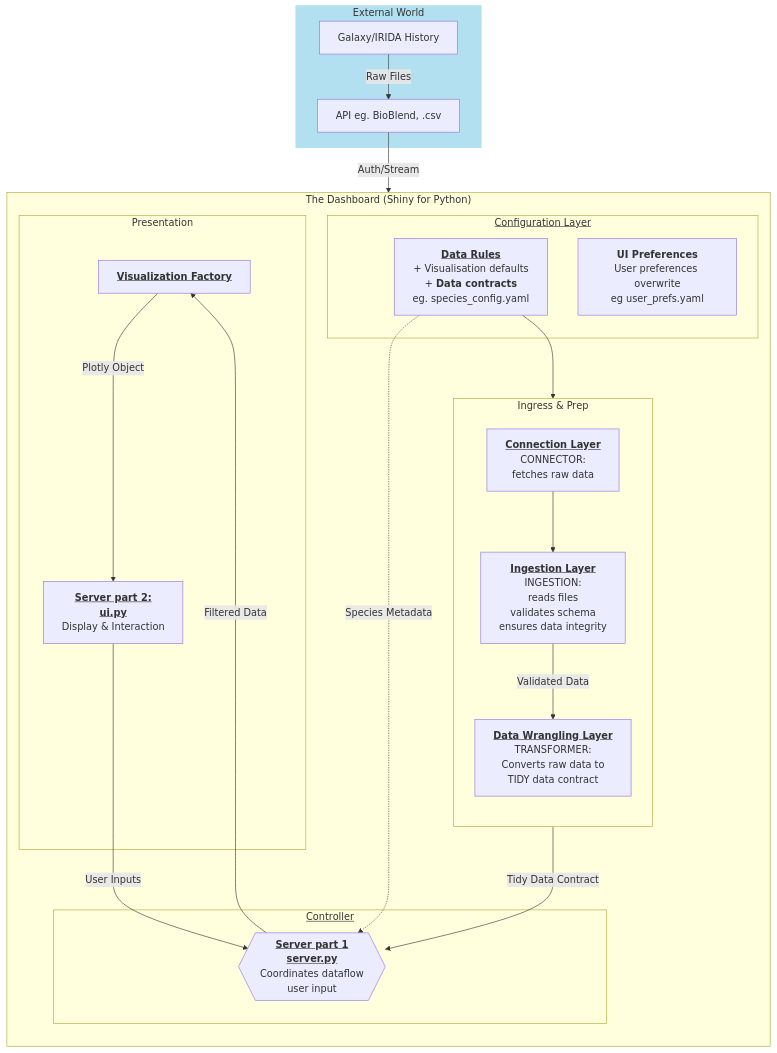
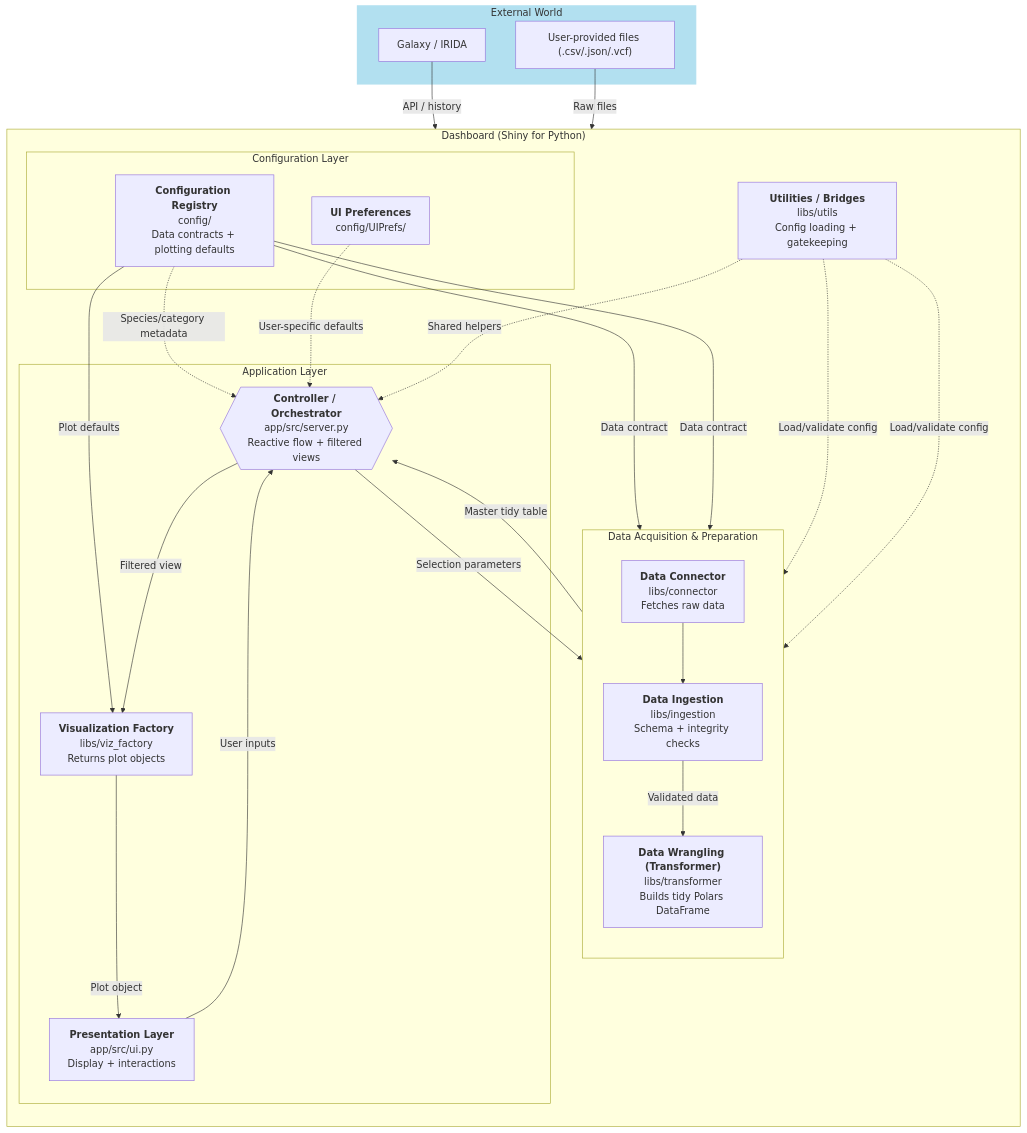
One commit to NorwegianVeterinaryInstitute/SPARMVET_VIZ changed the diagram in docs/architecture/_mermaid.mmd. Above: the diagram before and after it, drawn with Mermaid. The commit also changed 5 other files, not shown here.

```diff
--- a/docs/architecture/_mermaid.mmd
+++ b/docs/architecture/_mermaid.mmd
@@ -1,55 +1,53 @@
-%% TODO - needs to be revised when this becomes more clear - and updated to correspond to the text description
 graph TD
-    subgraph Ext ["External World"]
-        Galaxy["Galaxy/IRIDA History"]
-        API["API eg. BioBlend, .csv"]
+    subgraph Ext["External World"]
+        Galaxy["Galaxy / IRIDA"]
+        Upload["User-provided files (.csv/.json/.vcf)"]
     end
 
+    subgraph Dash["Dashboard (Shiny for Python)"]
+        direction TB
 
-    subgraph "The Dashboard (Shiny for Python)"
-        direction TB
-        
-        %% TODO- need to integrate relations with config layer
-        subgraph "Ingress & Prep"
-            direction TB 
-            
-            Connector["<b><u>Connection Layer</u></b><br/>CONNECTOR:<br/>fetches raw data"]
-            
-            Ingest["<b><u>Ingestion Layer</u></b><br/>INGESTION:<br/>reads files<br/>validates schema<br/>ensures data integrity"]
-
-            Wrangler["<b><u>Data Wrangling Layer</u></b><br/>TRANSFORMER:<br/>Converts raw data to<br/>TIDY data contract"]
+        subgraph DataPath["Data Acquisition & Preparation"]
+            direction TB
+            Connector["<b>Data Connector</b><br/>libs/connector<br/>Fetches raw data"]
+            Ingest["<b>Data Ingestion</b><br/>libs/ingestion<br/>Schema + integrity checks"]
+            Transform["<b>Data Wrangling (Transformer)</b><br/>libs/transformer<br/>Builds tidy Polars DataFrame"]
         end
 
-        subgraph "<u>Configuration Layer</u>"
-            DataRules["<b><u>Data Rules</u></b><br/>+ Visualisation defaults<br/>+ <b>Data contracts</b><br/>eg. species_config.yaml"]
-            UIPrefs["<b>UI Preferences</b><br/>User preferences overwrite<br/>eg user_prefs.yaml"]
-            %% SystemEnv["<b>Environment Config</b><br/>(secrets.env / paths.yaml)"]
+        subgraph ConfigLayer["Configuration Layer"]
+            Config["<b>Configuration Registry</b><br/>config/<br/>Data contracts + plotting defaults"]
+            UIPrefs["<b>UI Preferences</b><br/>config/UIPrefs/"]
         end
 
+        Utils["<b>Utilities / Bridges</b><br/>libs/utils<br/>Config loading + gatekeeping"]
 
-        subgraph "<u>Controller</u>"
-            Logic{{"<b><u>Server part 1<br/>server.py</u></b><br/>Coordinates dataflow<br/>user input"}}
+        subgraph AppLayer["Application Layer"]
+            Controller{{"<b>Controller / Orchestrator</b><br/>app/src/server.py<br/>Reactive flow + filtered views"}}
+            Factory["<b>Visualization Factory</b><br/>libs/viz_factory<br/>Returns plot objects"]
+            UI["<b>Presentation Layer</b><br/>app/src/ui.py<br/>Display + interactions"]
         end
-
-        subgraph "Presentation"
-            Factory["<b><u>Visualization Factory</u></b>"]
-            UI["<b><u>Server part 2:<br/>ui.py</u></b><br/>Display & Interaction"]
-        end
-    
     end
 
-    %% Data Flow
-    Galaxy -->|Raw Files| API
-    API -->|Auth/Stream| Connector
+    Galaxy -->|API / history| Connector
+    Upload -->|Raw files| Ingest
     Connector --> Ingest
-    Ingest -->|Validated Data| Wrangler
-    DataRules --> Ingest
-    Wrangler -->|Tidy Data Contract| Logic
-    
-    DataRules -.->|Species Metadata| Logic
-    Logic -->|Filtered Data| Factory
-    Factory -->|Plotly Object| UI
-    UI -->|User Inputs| Logic
+    Ingest -->|Validated data| Transform
+
+    Config -->|Data contract| Ingest
+    Config -->|Data contract| Transform
+    Config -->|Plot defaults| Factory
+    Config -.->|Species/category metadata| Controller
+    UIPrefs -.->|User-specific defaults| Controller
+
+    Utils -.->|Load/validate config| Ingest
+    Utils -.->|Load/validate config| Transform
+    Utils -.->|Shared helpers| Controller
+
+    Transform -->|Master tidy table| Controller
+    Controller -->|Filtered view| Factory
+    Factory -->|Plot object| UI
+    UI -->|User inputs| Controller
+    Controller -->|Selection parameters| Transform
 
     %% Styling
     style Ext fill:#b2e0f0,stroke:#b2e0f0,stroke-width:2px
```
